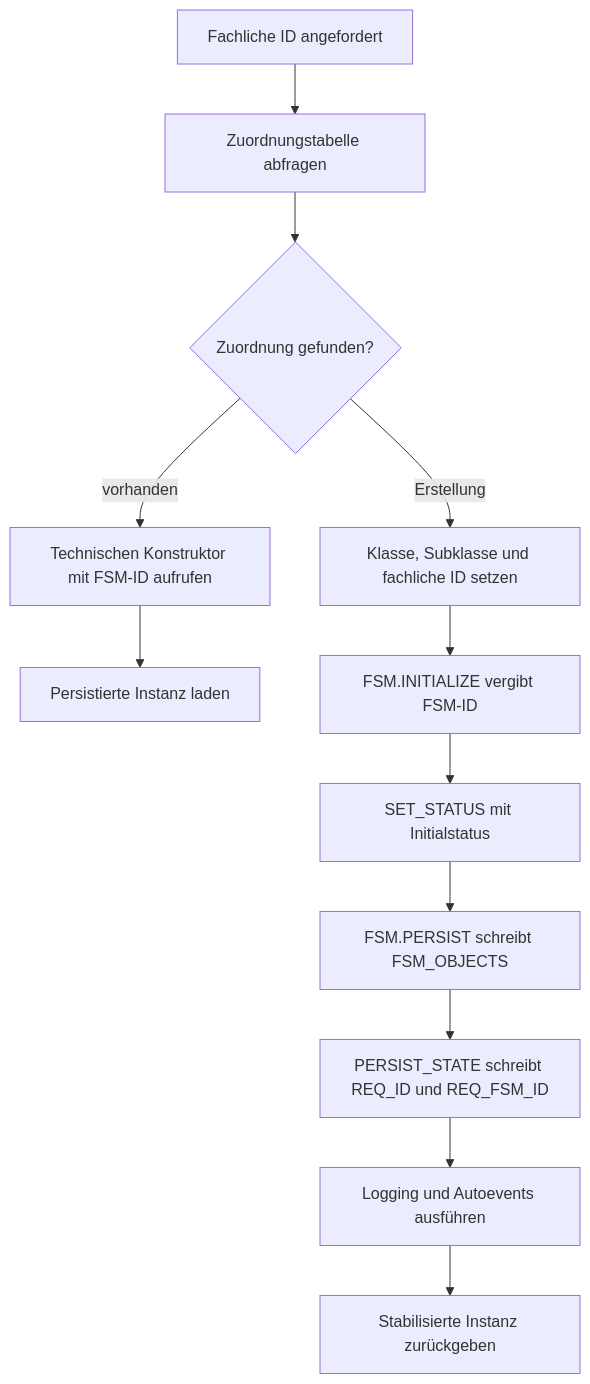
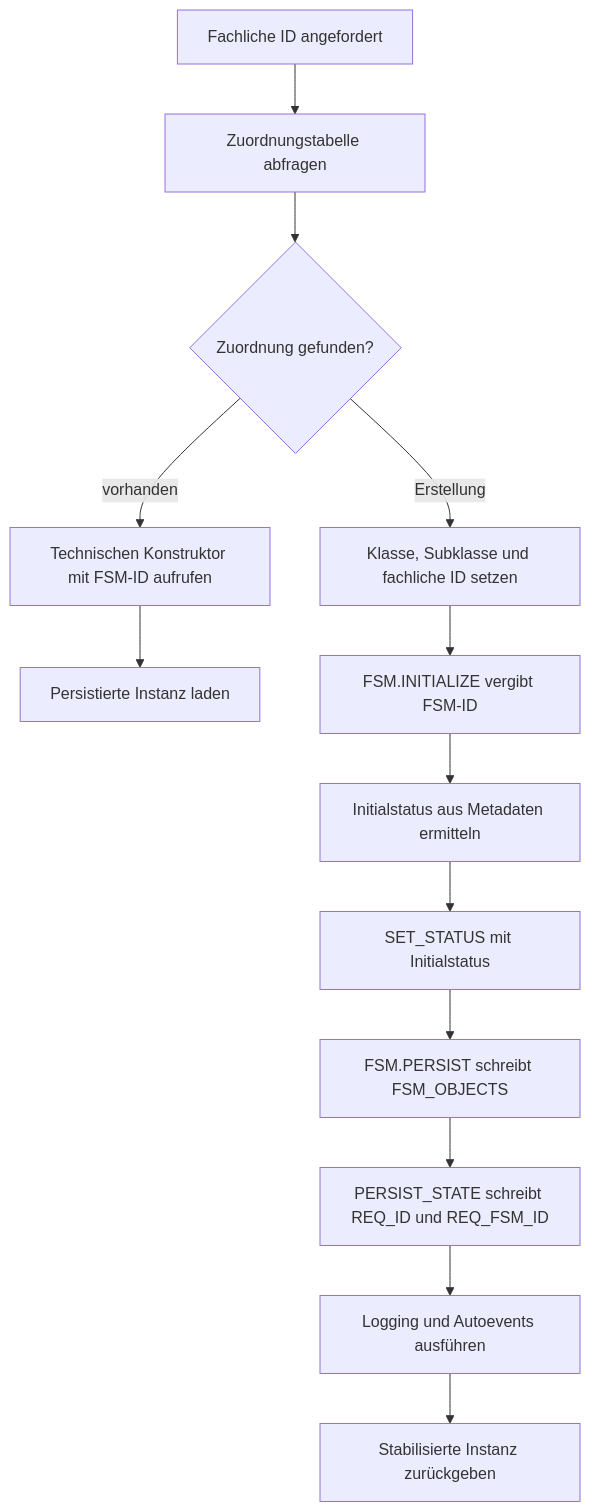
Before and after one commit to j-sieben/FSM: the diagram in Doc/obsidian/02_Funktionen/Instanzen-erstellen-und-laden.md, drawn with Mermaid. The commit also changed other lines of this file and 10 other files, not shown here.

Commit message:
Documentation extended, fsm.install now sets status as well

````diff
--- a/Doc/obsidian/02_Funktionen/Instanzen-erstellen-und-laden.md
+++ b/Doc/obsidian/02_Funktionen/Instanzen-erstellen-und-laden.md
@@ -94,14 +94,15 @@
 ```mermaid
 flowchart TD
   A[Fachliche ID angefordert] --> B[Zuordnungstabelle abfragen]
   B --> C{Zuordnung gefunden?}
   C -- vorhanden --> D[Technischen Konstruktor mit FSM-ID aufrufen]
   D --> E[Persistierte Instanz laden]
   C -- Erstellung --> F[Klasse, Subklasse und fachliche ID setzen]
   F --> G[FSM.INITIALIZE vergibt FSM-ID]
-  G --> H[SET_STATUS mit Initialstatus]
-  H --> I[FSM.PERSIST schreibt FSM_OBJECTS]
+  G --> H[Initialstatus aus Metadaten ermitteln]
+  H --> M[SET_STATUS mit Initialstatus]
+  M --> I[FSM.PERSIST schreibt FSM_OBJECTS]
   I --> J[PERSIST_STATE schreibt REQ_ID und REQ_FSM_ID]
   J --> K[Logging und Autoevents ausführen]
   K --> L[Stabilisierte Instanz zurückgeben]
 ```
````
